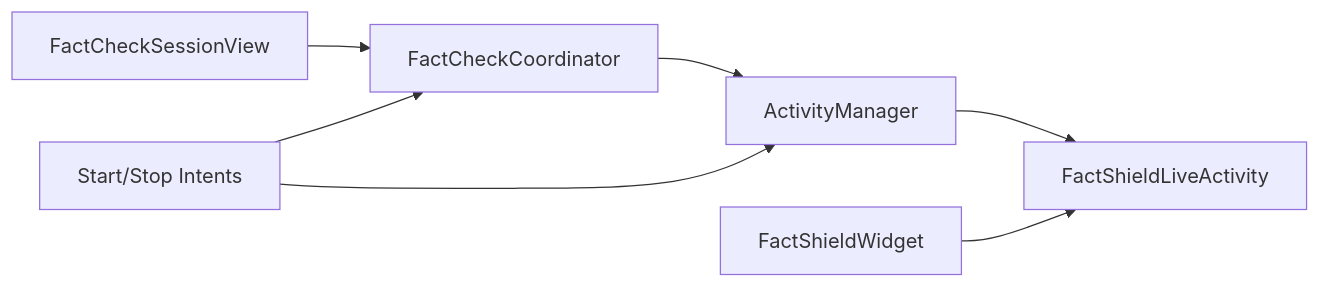
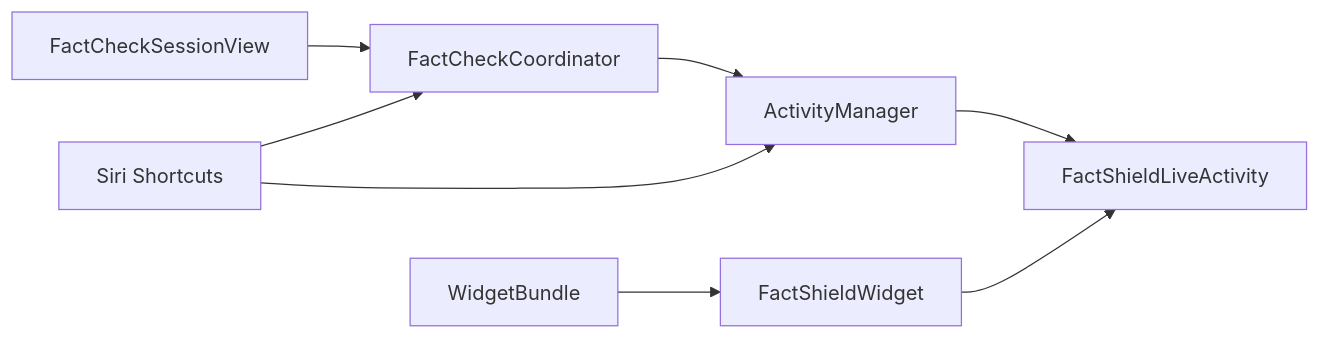
Before and after one commit to alexandreybasta-cyber/factshield-ios: the ninth of 9 diagrams in .qoder/repowiki/en/content/Live Activity Integration/Live Activity Integration.md, drawn with Mermaid. The commit also changed other lines of this file and 97 other files, not shown here.

````diff
--- a/.qoder/repowiki/en/content/Live Activity Integration/Live Activity Integration.md
+++ b/.qoder/repowiki/en/content/Live Activity Integration/Live Activity Integration.md
@@ -369,9 +500,10 @@
 ```mermaid
 graph LR
 UI["FactCheckSessionView"] --> Coord["FactCheckCoordinator"]
 Coord --> AM["ActivityManager"]
 AM --> Attr["FactShieldLiveActivity"]
 Widget["FactShieldWidget"] --> Attr
-Intents["Start/Stop Intents"] --> AM
+Intents["Siri Shortcuts"] --> AM
 Intents --> Coord
+Bundle["WidgetBundle"] --> Widget
 ```
````
